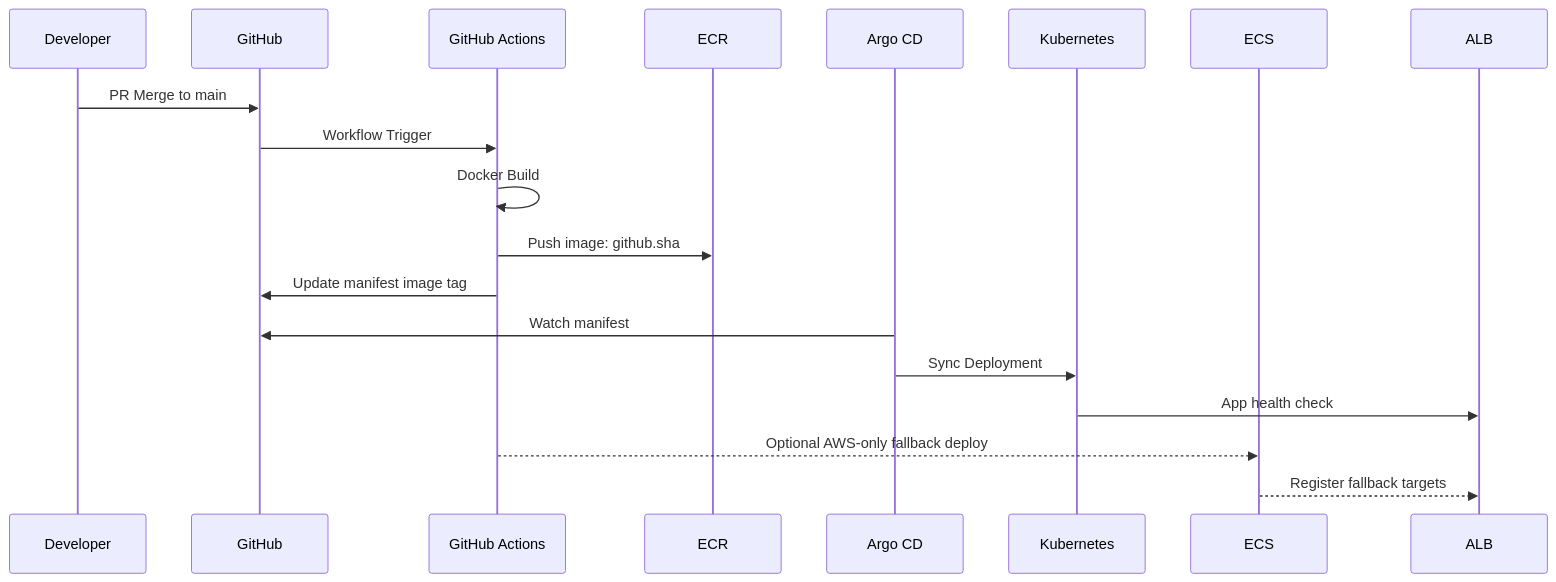
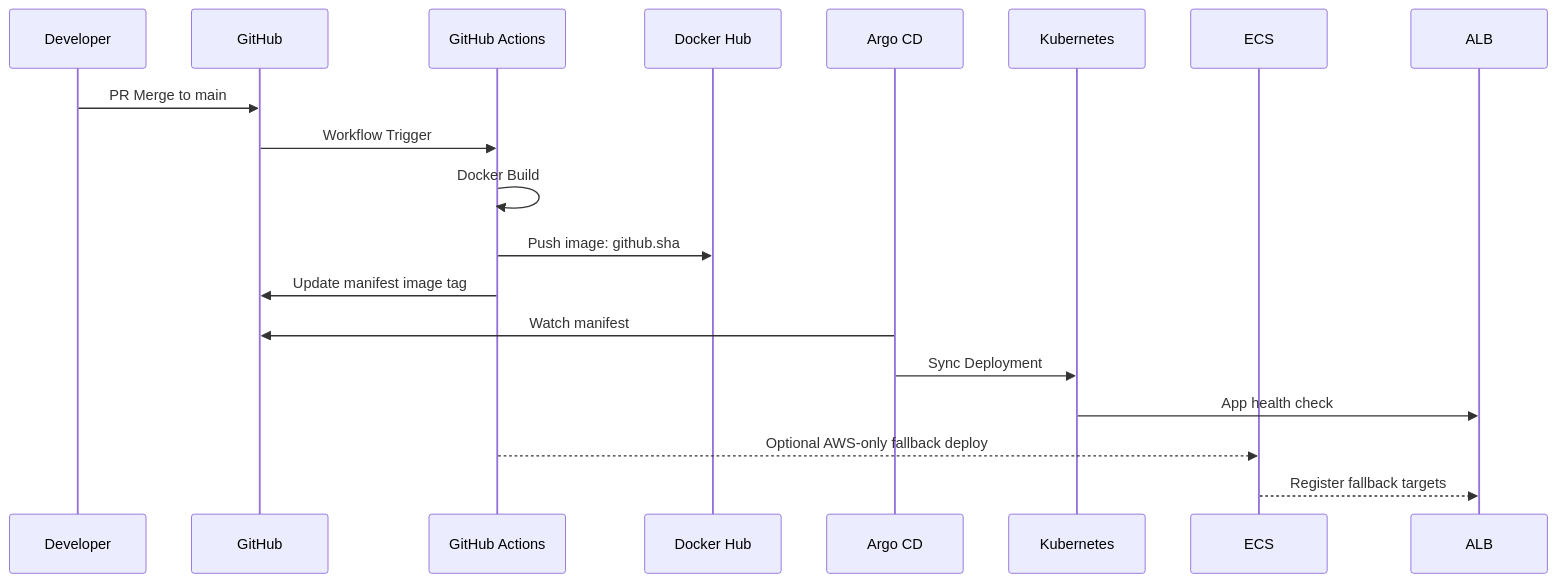
The fifth of 7 diagrams in docs/01_architecture.md (KosaCloudTeam2/infra-platform), drawn with Mermaid before and after one commit. The commit also changed other lines of this file and 28 other files, not shown here.

First line of the commit message:
docs: Docker Hub 기반 이미지 저장소 기준 반영

````diff
--- a/docs/01_architecture.md
+++ b/docs/01_architecture.md
@@ -485,22 +489,22 @@
 ```mermaid
 sequenceDiagram
     participant Dev as Developer
     participant GH as GitHub
     participant GA as GitHub Actions
-    participant ECR as ECR
+    participant Registry as Docker Hub
     participant Argo as Argo CD
     participant K8s as Kubernetes
     participant ECS as ECS
     participant ALB as ALB
 
     Dev->>GH: PR Merge to main
     GH->>GA: Workflow Trigger
     GA->>GA: Docker Build
-    GA->>ECR: Push image: github.sha
+    GA->>Registry: Push image: github.sha
     GA->>GH: Update manifest image tag
     Argo->>GH: Watch manifest
     Argo->>K8s: Sync Deployment
     K8s->>ALB: App health check
     GA-->>ECS: Optional AWS-only fallback deploy
     ECS-->>ALB: Register fallback targets
 ```
````
